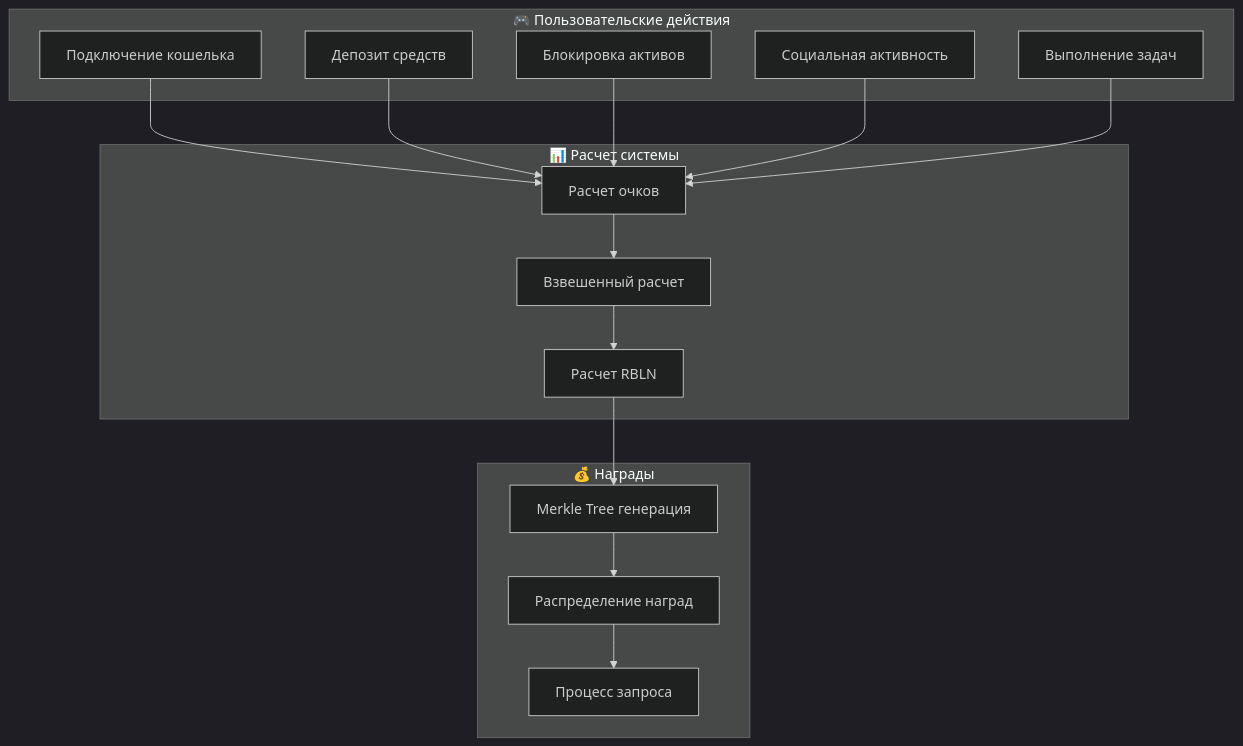
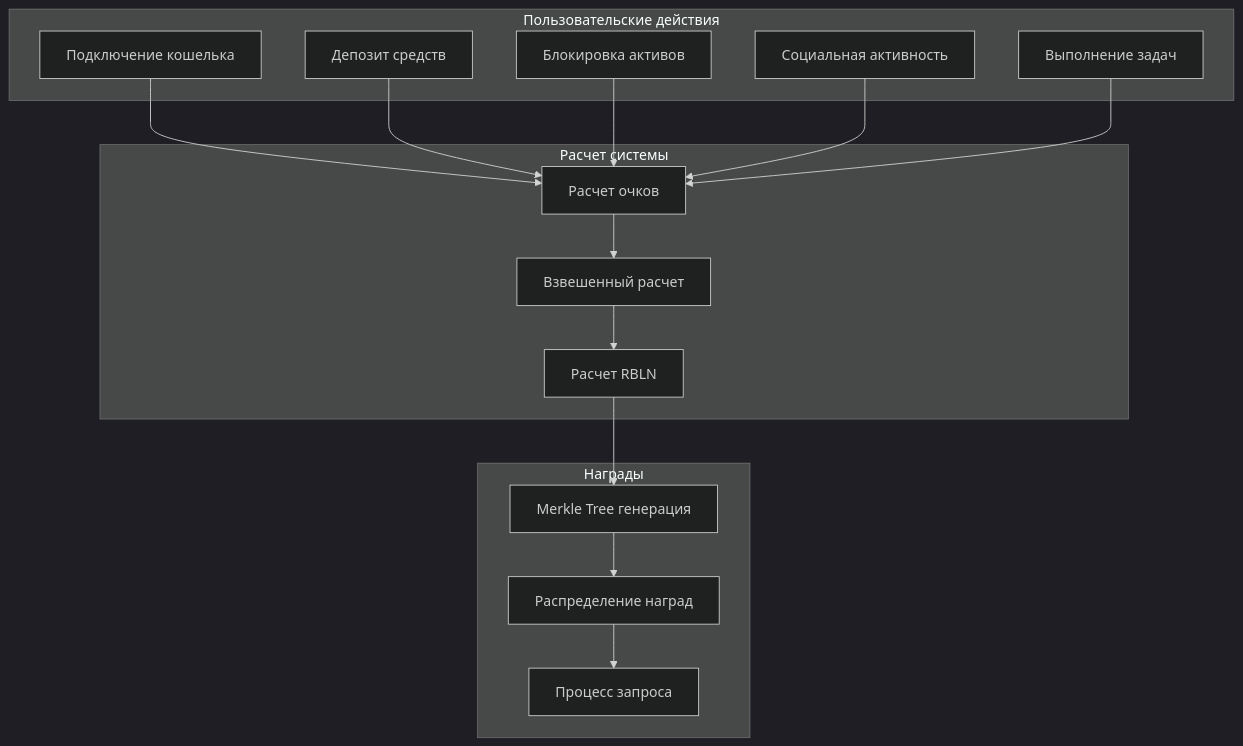
One commit to Thesauros/lending-contracts changed the eighth of 11 diagrams in docs/BUSINESS_LOGIC_GRAPH.md. Above: the diagram before and after it, drawn with Mermaid (dark theme). The commit also changed other lines of this file and 1 other file, not shown here.

````diff
--- a/docs/BUSINESS_LOGIC_GRAPH.md
+++ b/docs/BUSINESS_LOGIC_GRAPH.md
@@ -291,34 +291,34 @@
 ```mermaid
 graph TB
-    subgraph "🎮 Пользовательские действия"
+    subgraph "Пользовательские действия"
         CONNECT[Подключение кошелька]
         DEPOSIT[Депозит средств]
         LOCK[Блокировка активов]
         SOCIAL[Социальная активность]
         TASKS[Выполнение задач]
     end
     
-    subgraph "📊 Расчет системы"
+    subgraph "Расчет системы"
         POINTS_CALC[Расчет очков]
         RBLN_CALC[Расчет RBLN]
         WEIGHT[Взвешенный расчет]
     end
     
-    subgraph "💰 Награды"
+    subgraph "Награды"
         MERKLE_GEN[Merkle Tree генерация]
         REWARD_DIST[Распределение наград]
         CLAIM_PROC[Процесс запроса]
     end
     
     CONNECT --> POINTS_CALC
     DEPOSIT --> POINTS_CALC
     LOCK --> POINTS_CALC
     SOCIAL --> POINTS_CALC
     TASKS --> POINTS_CALC
     
     POINTS_CALC --> WEIGHT
     WEIGHT --> RBLN_CALC
     RBLN_CALC --> MERKLE_GEN
     MERKLE_GEN --> REWARD_DIST
     REWARD_DIST --> CLAIM_PROC
 ```
````
